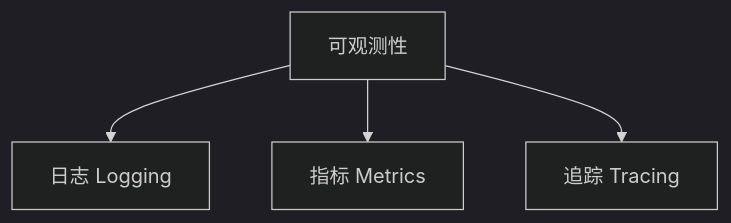
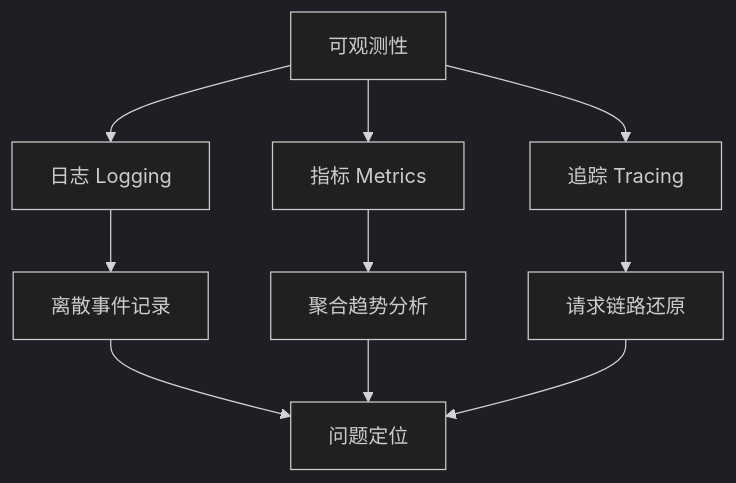
One commit to dilboy/agent-programming-wiki changed the first of 2 diagrams in docs/07-安全与治理/02-可观测性.md. Above: the diagram before and after it, drawn with Mermaid (dark theme). The commit also changed other lines of this file and 26 other files, not shown here.

````diff
--- a/docs/07-安全与治理/02-可观测性.md
+++ b/docs/07-安全与治理/02-可观测性.md
@@ -15,6 +17,12 @@
 ```mermaid
 graph TD
     A[可观测性] --> B[日志 Logging]
     A --> C[指标 Metrics]
     A --> D[追踪 Tracing]
+    B --> E[离散事件记录]
+    C --> F[聚合趋势分析]
+    D --> G[请求链路还原]
+    E --> H[问题定位]
+    F --> H
+    G --> H
 ```
````
